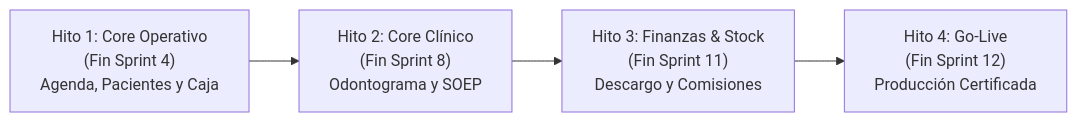
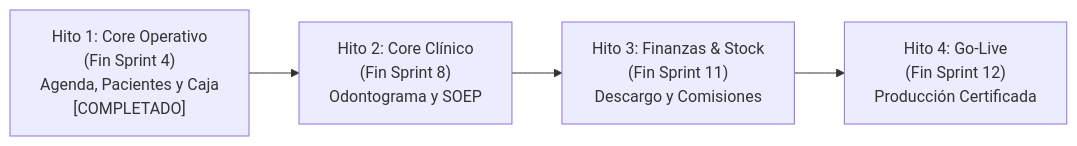
One commit to ginobermudez76/Software-Odontologico changed the diagram in PLAN_DE_IMPLEMENTACION.md. Above: the diagram before and after it, drawn with Mermaid. The commit also changed other lines of this file and 29 other files, not shown here.

````diff
--- a/PLAN_DE_IMPLEMENTACION.md
+++ b/PLAN_DE_IMPLEMENTACION.md
@@ -31,11 +31,11 @@
 ```mermaid
 flowchart LR
-    M1["Hito 1: Core Operativo\n(Fin Sprint 4)\nAgenda, Pacientes y Caja"]
+    M1["Hito 1: Core Operativo\n(Fin Sprint 4)\nAgenda, Pacientes y Caja\n[COMPLETADO]"]
     M2["Hito 2: Core Clínico\n(Fin Sprint 8)\nOdontograma y SOEP"]
     M3["Hito 3: Finanzas & Stock\n(Fin Sprint 11)\nDescargo y Comisiones"]
     M4["Hito 4: Go-Live\n(Fin Sprint 12)\nProducción Certificada"]
 
     M1 --> M2
     M2 --> M3
     M3 --> M4
 ```
````
